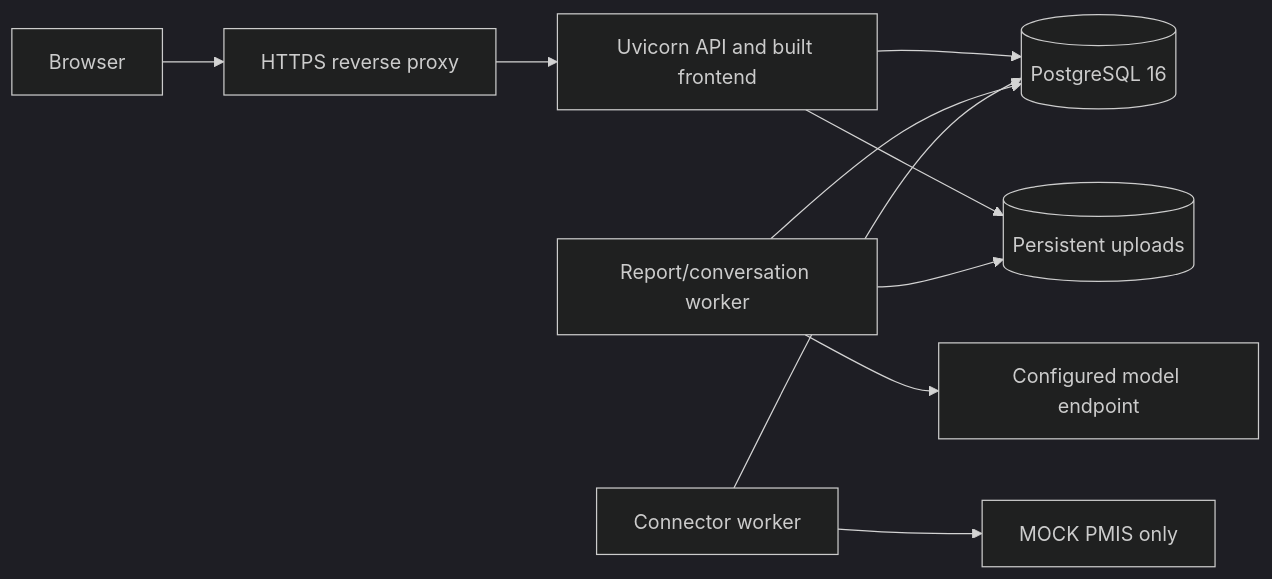
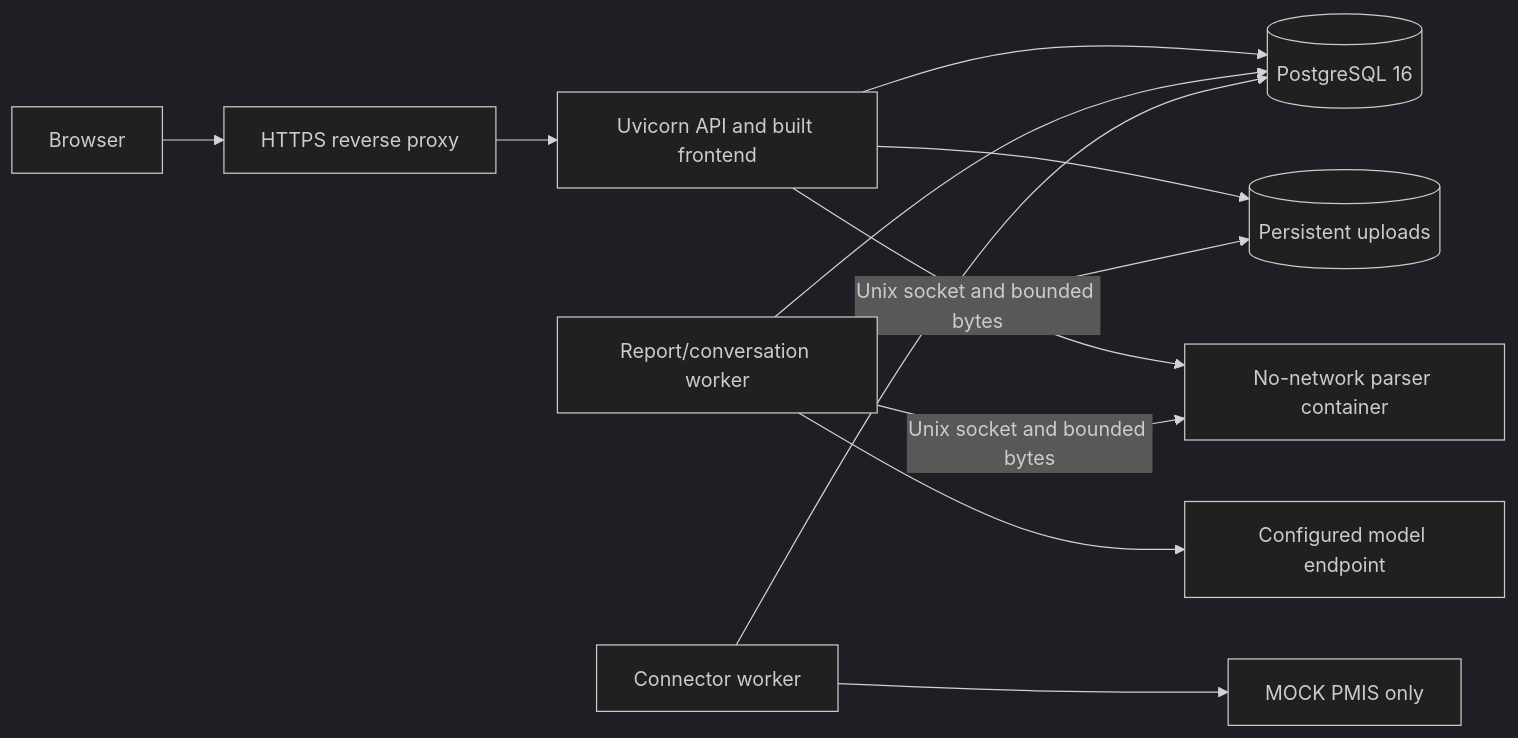
One commit to sudo8phoenix/Time_Agent changed the diagram in docs/DEPLOYMENT.md. Above: the diagram before and after it, drawn with Mermaid (dark theme). The commit also changed other lines of this file and 33 other files, not shown here.

````diff
--- a/docs/DEPLOYMENT.md
+++ b/docs/DEPLOYMENT.md
@@ -8,12 +8,14 @@
 ```mermaid
 flowchart LR
     B[Browser] --> H[HTTPS reverse proxy]
     H --> A[Uvicorn API and built frontend]
     A --> D[(PostgreSQL 16)]
     A --> U[(Persistent uploads)]
+    A -->|Unix socket and bounded bytes| S[No-network parser container]
+    W -->|Unix socket and bounded bytes| S
     W[Report/conversation worker] --> D
     W --> U
     W --> M[Configured model endpoint]
     C[Connector worker] --> D
     C --> P[MOCK PMIS only]
 ```
````
